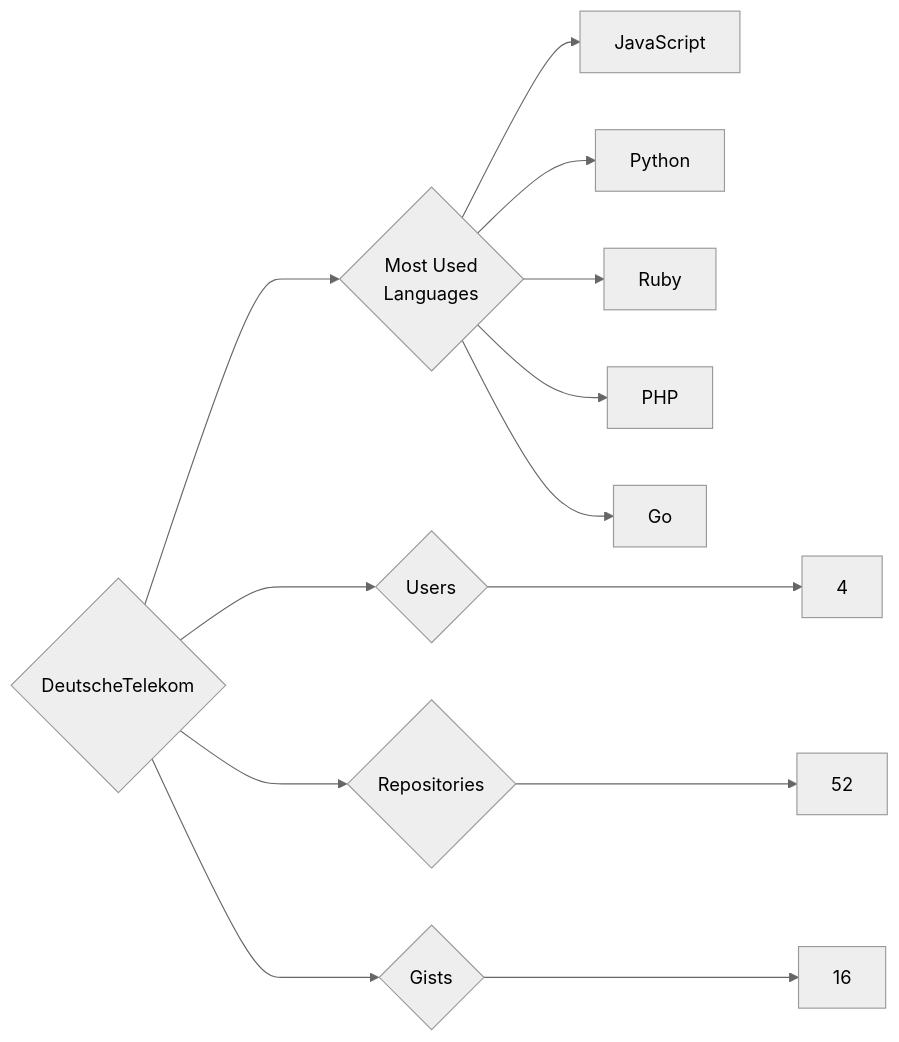
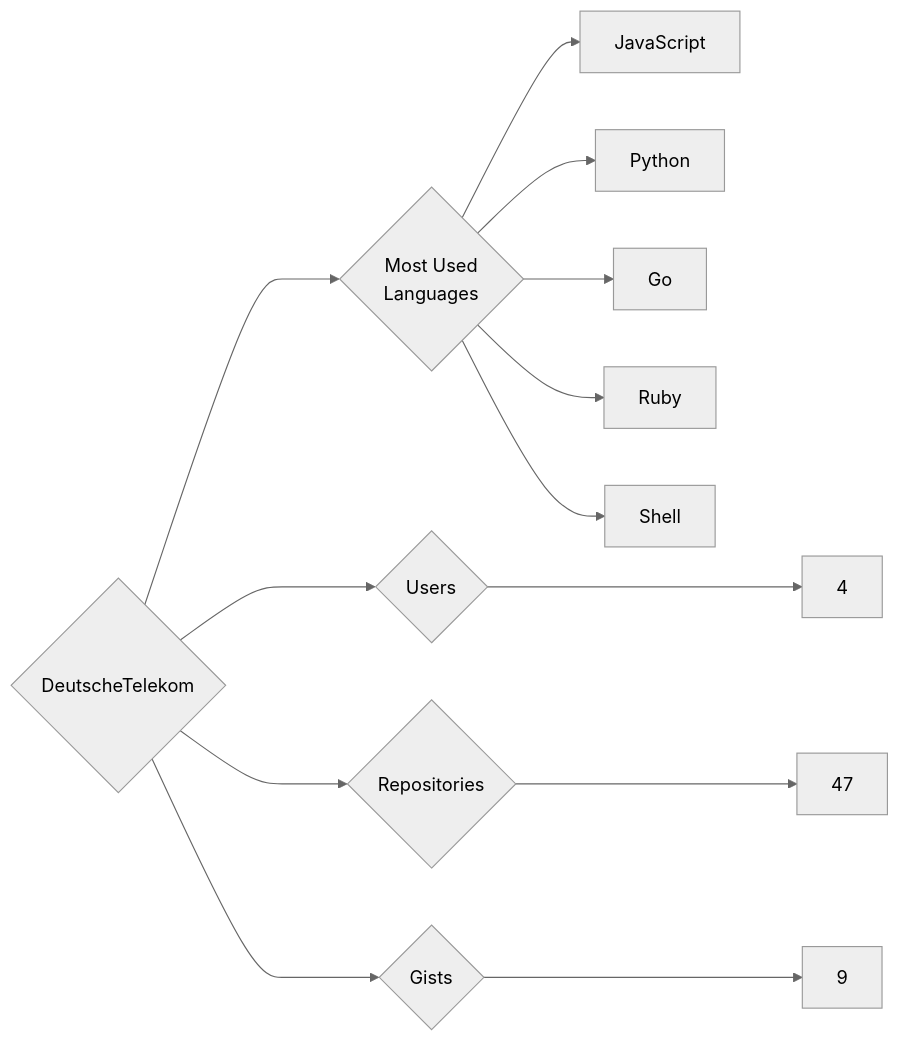
The diagram in targets/DeutscheTelekom/README.md (trickest/insiders), drawn with Mermaid (neutral theme) before and after one commit. The commit also changed 985 other files, not shown here.

````diff
--- a/targets/DeutscheTelekom/README.md
+++ b/targets/DeutscheTelekom/README.md
@@ -3,13 +3,13 @@
 ```mermaid
 graph LR
 COMPANY_NAME{DeutscheTelekom}
 COMPANY_NAME ---> U{Users} ---> UN[4]
-COMPANY_NAME ---> R{Repositories} ---> RN[52]
-COMPANY_NAME ---> G{Gists} ---> GN[16]
+COMPANY_NAME ---> R{Repositories} ---> RN[47]
+COMPANY_NAME ---> G{Gists} ---> GN[9]
 COMPANY_NAME ---> ML{Most Used<br>Languages}
 ML --> JavaScript[JavaScript]
 ML --> Python[Python]
+ML --> Go[Go]
 ML --> Ruby[Ruby]
-ML --> PHP[PHP]
-ML --> Go[Go]
+ML --> Shell[Shell]
 ```
````
